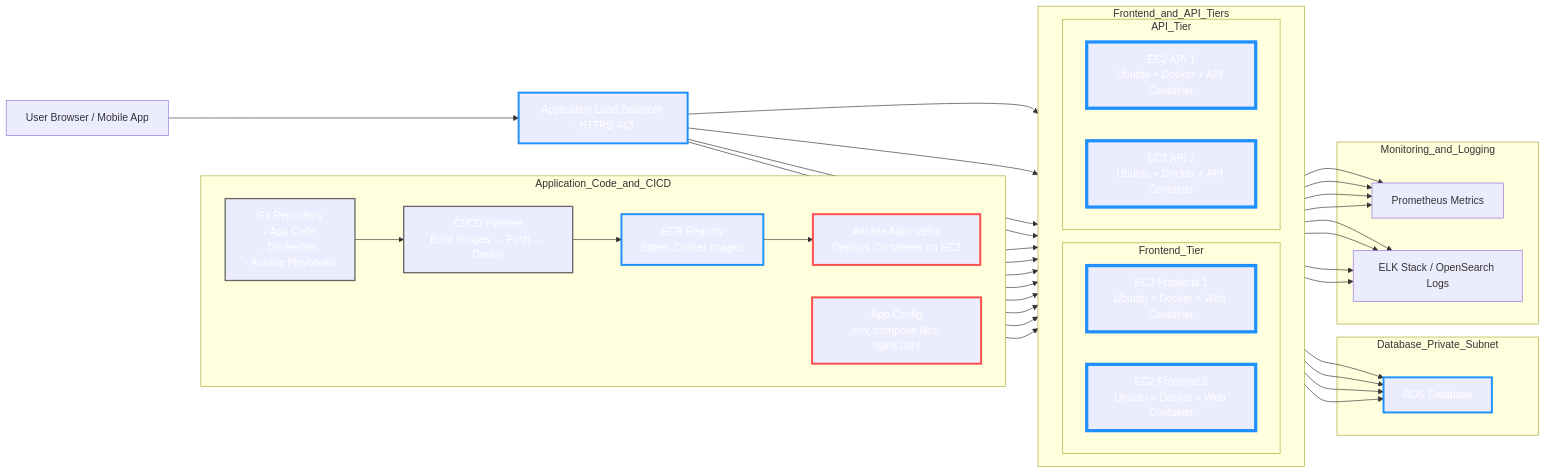
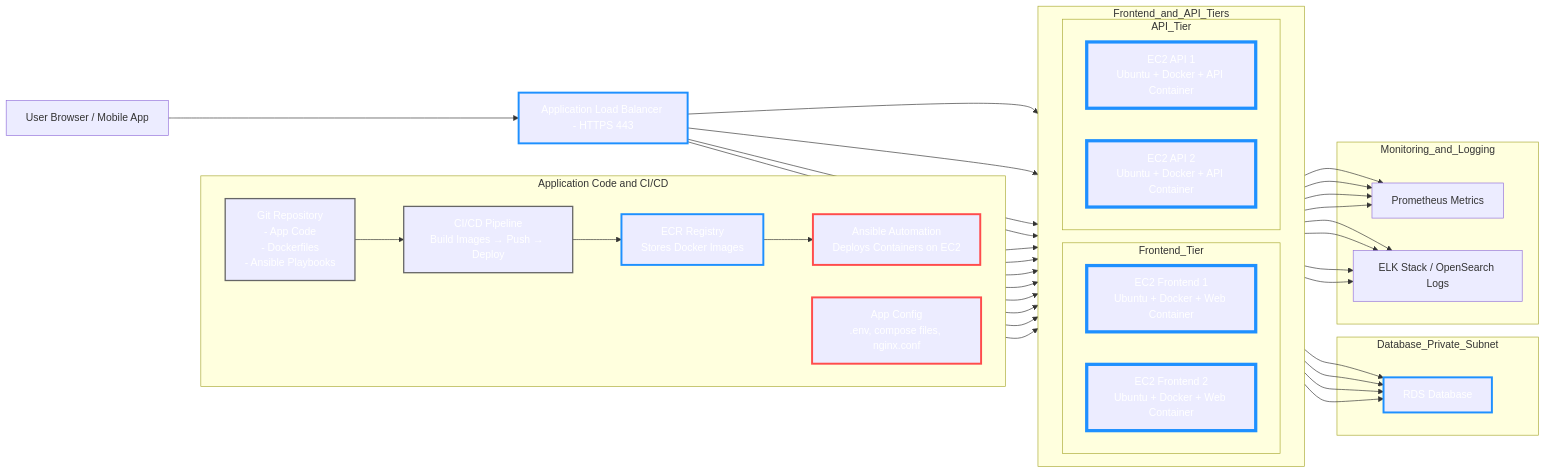
One commit to uploadtigris/project_CloudChef changed the diagram in README.md. Above: the diagram before and after it, drawn with Mermaid.

```diff
--- a/README.md
+++ b/README.md
@@ -57,14 +57,14 @@
 
         %% Frontend Tier
         subgraph Frontend_Tier
-            FTG1["EC2 Frontend 1\nUbuntu + Docker + Web Container"]
-            FTG2["EC2 Frontend 2\nUbuntu + Docker + Web Container"]
+            FTG1["EC2 Frontend 1<br>Ubuntu + Docker + Web Container"]
+            FTG2["EC2 Frontend 2<br>Ubuntu + Docker + Web Container"]
         end
 
         %% API Tier
         subgraph API_Tier
-            APITG1["EC2 API 1\nUbuntu + Docker + API Container"]
-            APITG2["EC2 API 2\nUbuntu + Docker + API Container"]
+            APITG1["EC2 API 1<br>Ubuntu + Docker + API Container"]
+            APITG2["EC2 API 2<br>Ubuntu + Docker + API Container"]
         end
     end
 
@@ -107,14 +107,14 @@
     %% ============================================================
     %% CI/CD Layer
     %% ============================================================
-    subgraph Application_Code_and_CICD
+    subgraph Application Code and CI/CD
         direction LR
 
-        Git["Git Repository\n- App Code\n- Dockerfiles\n- Ansible Playbooks"]
-        Pipeline["CI/CD Pipeline\nBuild Images → Push → Deploy"]
-        ECR["ECR Registry\nStores Docker Images"]
-        Ansible["Ansible Automation\nDeploys Containers on EC2"]
-        AppConfig["App Config\n.env, compose files, nginx.conf"]
+        Git["Git Repository<br>- App Code<br>- Dockerfiles<br>- Ansible Playbooks"]
+        Pipeline["CI/CD Pipeline<br>Build Images → Push → Deploy"]
+        ECR["ECR Registry<br>Stores Docker Images"]
+        Ansible["Ansible Automation<br>Deploys Containers on EC2"]
+        AppConfig["App Config<br>.env, compose files, nginx.conf"]
     end
 
     Git --> Pipeline
```
